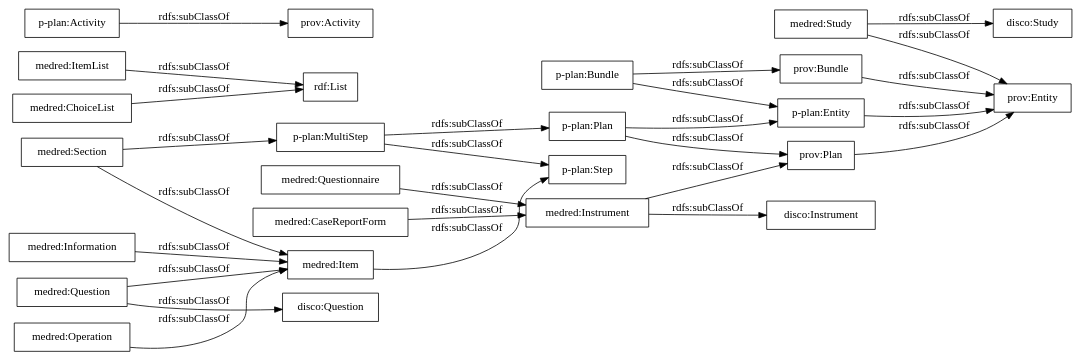
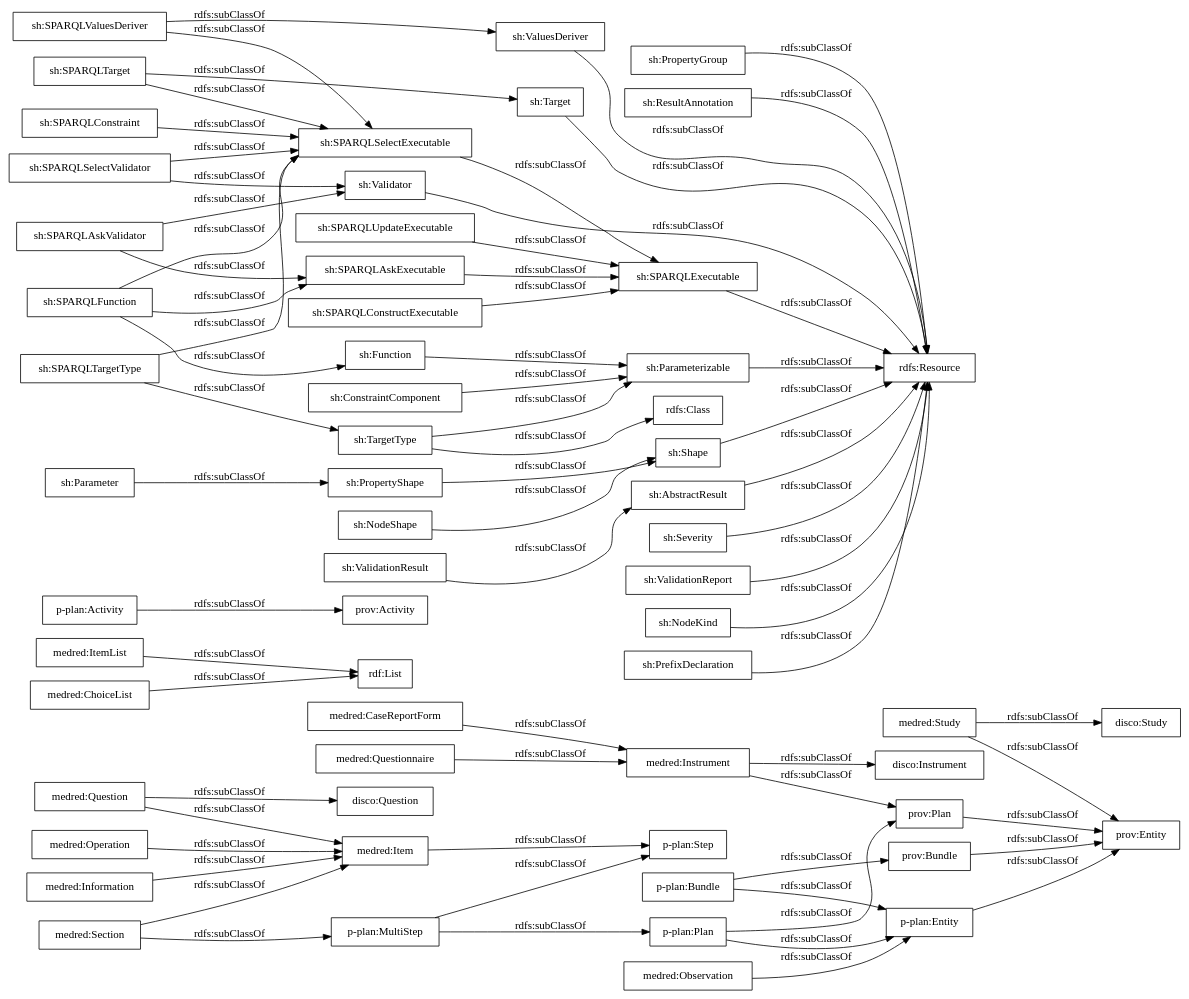
Before and after one commit to OnToologyUser/medred: the diagram in OnToology/ontology/medred.owl/diagrams/ar2dtool-taxonomy/medred.owl.png.dot, drawn with Graphviz. The commit also changed 12 other files, not shown here.

```diff
--- a/OnToology/ontology/medred.owl/diagrams/ar2dtool-taxonomy/medred.owl.png.dot
+++ b/OnToology/ontology/medred.owl/diagrams/ar2dtool-taxonomy/medred.owl.png.dot
@@ -1,31 +1,71 @@
 digraph ar2dtool_diagram { 
 rankdir=LR;
 size="1000"
-node [shape = rectangle, color="black"]; "medred:Questionnaire" "medred:Information" "medred:Question" "medred:Instrument" "rdf:List" "medred:Item" "medred:CaseReportForm" "medred:Study" "medred:ItemList" "medred:Section" "medred:ChoiceList" "medred:Operation" "p-plan:MultiStep" "p-plan:Activity" "p-plan:Step" "p-plan:Entity" "p-plan:Bundle" "prov:Bundle" "prov:Entity" "p-plan:Plan" "prov:Plan" "prov:Activity" ; /*classes style*/
-	"p-plan:Activity" -> "prov:Activity" [ label = "rdfs:subClassOf" ];
+node [shape = rectangle, color="black"]; "medred:Questionnaire" "medred:Information" "medred:Question" "medred:Instrument" "rdf:List" "medred:Item" "medred:CaseReportForm" "medred:Study" "medred:ItemList" "medred:Section" "medred:ChoiceList" "medred:Operation" "medred:Observation" "p-plan:MultiStep" "p-plan:Activity" "p-plan:Step" "p-plan:Entity" "p-plan:Bundle" "prov:Bundle" "prov:Entity" "p-plan:Plan" "prov:Plan" "prov:Activity" ; /*classes style*/
+	"prov:Plan" -> "prov:Entity" [ label = "rdfs:subClassOf" ];
+	"sh:PropertyGroup" -> "rdfs:Resource" [ label = "rdfs:subClassOf" ];
+	"medred:Question" -> "medred:Item" [ label = "rdfs:subClassOf" ];
+	"medred:Question" -> "disco:Question" [ label = "rdfs:subClassOf" ];
+	"sh:ResultAnnotation" -> "rdfs:Resource" [ label = "rdfs:subClassOf" ];
+	"medred:Item" -> "p-plan:Step" [ label = "rdfs:subClassOf" ];
+	"medred:CaseReportForm" -> "medred:Instrument" [ label = "rdfs:subClassOf" ];
+	"sh:SPARQLConstructExecutable" -> "sh:SPARQLExecutable" [ label = "rdfs:subClassOf" ];
+	"sh:Shape" -> "rdfs:Resource" [ label = "rdfs:subClassOf" ];
+	"medred:Questionnaire" -> "medred:Instrument" [ label = "rdfs:subClassOf" ];
 	"p-plan:Entity" -> "prov:Entity" [ label = "rdfs:subClassOf" ];
+	"sh:SPARQLAskValidator" -> "sh:SPARQLAskExecutable" [ label = "rdfs:subClassOf" ];
+	"sh:SPARQLAskValidator" -> "sh:Validator" [ label = "rdfs:subClassOf" ];
+	"sh:SPARQLUpdateExecutable" -> "sh:SPARQLExecutable" [ label = "rdfs:subClassOf" ];
+	"p-plan:MultiStep" -> "p-plan:Step" [ label = "rdfs:subClassOf" ];
+	"p-plan:MultiStep" -> "p-plan:Plan" [ label = "rdfs:subClassOf" ];
+	"sh:SPARQLTargetType" -> "sh:SPARQLSelectExecutable" [ label = "rdfs:subClassOf" ];
+	"sh:SPARQLTargetType" -> "sh:TargetType" [ label = "rdfs:subClassOf" ];
+	"sh:AbstractResult" -> "rdfs:Resource" [ label = "rdfs:subClassOf" ];
+	"sh:SPARQLFunction" -> "sh:SPARQLSelectExecutable" [ label = "rdfs:subClassOf" ];
+	"sh:SPARQLFunction" -> "sh:SPARQLAskExecutable" [ label = "rdfs:subClassOf" ];
+	"sh:SPARQLFunction" -> "sh:Function" [ label = "rdfs:subClassOf" ];
+	"medred:Observation" -> "p-plan:Entity" [ label = "rdfs:subClassOf" ];
 	"medred:ChoiceList" -> "rdf:List" [ label = "rdfs:subClassOf" ];
-	"prov:Plan" -> "prov:Entity" [ label = "rdfs:subClassOf" ];
-	"medred:Information" -> "medred:Item" [ label = "rdfs:subClassOf" ];
-	"prov:Bundle" -> "prov:Entity" [ label = "rdfs:subClassOf" ];
-	"medred:Questionnaire" -> "medred:Instrument" [ label = "rdfs:subClassOf" ];
 	"medred:Study" -> "prov:Entity" [ label = "rdfs:subClassOf" ];
 	"medred:Study" -> "disco:Study" [ label = "rdfs:subClassOf" ];
-	"medred:Question" -> "medred:Item" [ label = "rdfs:subClassOf" ];
-	"medred:Question" -> "disco:Question" [ label = "rdfs:subClassOf" ];
+	"prov:Bundle" -> "prov:Entity" [ label = "rdfs:subClassOf" ];
+	"sh:Severity" -> "rdfs:Resource" [ label = "rdfs:subClassOf" ];
+	"sh:ValidationReport" -> "rdfs:Resource" [ label = "rdfs:subClassOf" ];
+	"p-plan:Activity" -> "prov:Activity" [ label = "rdfs:subClassOf" ];
+	"sh:Function" -> "sh:Parameterizable" [ label = "rdfs:subClassOf" ];
+	"sh:SPARQLSelectValidator" -> "sh:SPARQLSelectExecutable" [ label = "rdfs:subClassOf" ];
+	"sh:SPARQLSelectValidator" -> "sh:Validator" [ label = "rdfs:subClassOf" ];
+	"sh:ConstraintComponent" -> "sh:Parameterizable" [ label = "rdfs:subClassOf" ];
+	"sh:SPARQLValuesDeriver" -> "sh:SPARQLSelectExecutable" [ label = "rdfs:subClassOf" ];
+	"sh:SPARQLValuesDeriver" -> "sh:ValuesDeriver" [ label = "rdfs:subClassOf" ];
+	"sh:ValidationResult" -> "sh:AbstractResult" [ label = "rdfs:subClassOf" ];
 	"medred:Operation" -> "medred:Item" [ label = "rdfs:subClassOf" ];
+	"medred:Information" -> "medred:Item" [ label = "rdfs:subClassOf" ];
+	"medred:Instrument" -> "prov:Plan" [ label = "rdfs:subClassOf" ];
+	"medred:Instrument" -> "disco:Instrument" [ label = "rdfs:subClassOf" ];
+	"medred:ItemList" -> "rdf:List" [ label = "rdfs:subClassOf" ];
+	"sh:SPARQLConstraint" -> "sh:SPARQLSelectExecutable" [ label = "rdfs:subClassOf" ];
+	"sh:SPARQLAskExecutable" -> "sh:SPARQLExecutable" [ label = "rdfs:subClassOf" ];
+	"sh:SPARQLExecutable" -> "rdfs:Resource" [ label = "rdfs:subClassOf" ];
+	"sh:Parameter" -> "sh:PropertyShape" [ label = "rdfs:subClassOf" ];
+	"sh:PropertyShape" -> "sh:Shape" [ label = "rdfs:subClassOf" ];
+	"sh:Validator" -> "rdfs:Resource" [ label = "rdfs:subClassOf" ];
+	"sh:Target" -> "rdfs:Resource" [ label = "rdfs:subClassOf" ];
+	"sh:SPARQLTarget" -> "sh:SPARQLSelectExecutable" [ label = "rdfs:subClassOf" ];
+	"sh:SPARQLTarget" -> "sh:Target" [ label = "rdfs:subClassOf" ];
+	"p-plan:Plan" -> "prov:Plan" [ label = "rdfs:subClassOf" ];
+	"p-plan:Plan" -> "p-plan:Entity" [ label = "rdfs:subClassOf" ];
+	"sh:NodeShape" -> "sh:Shape" [ label = "rdfs:subClassOf" ];
+	"sh:Parameterizable" -> "rdfs:Resource" [ label = "rdfs:subClassOf" ];
+	"sh:ValuesDeriver" -> "rdfs:Resource" [ label = "rdfs:subClassOf" ];
+	"medred:Section" -> "medred:Item" [ label = "rdfs:subClassOf" ];
+	"medred:Section" -> "p-plan:MultiStep" [ label = "rdfs:subClassOf" ];
+	"sh:NodeKind" -> "rdfs:Resource" [ label = "rdfs:subClassOf" ];
 	"p-plan:Bundle" -> "prov:Bundle" [ label = "rdfs:subClassOf" ];
 	"p-plan:Bundle" -> "p-plan:Entity" [ label = "rdfs:subClassOf" ];
-	"medred:ItemList" -> "rdf:List" [ label = "rdfs:subClassOf" ];
-	"p-plan:Plan" -> "prov:Plan" [ label = "rdfs:subClassOf" ];
-	"p-plan:Plan" -> "p-plan:Entity" [ label = "rdfs:subClassOf" ];
-	"p-plan:MultiStep" -> "p-plan:Step" [ label = "rdfs:subClassOf" ];
-	"p-plan:MultiStep" -> "p-plan:Plan" [ label = "rdfs:subClassOf" ];
-	"medred:Item" -> "p-plan:Step" [ label = "rdfs:subClassOf" ];
-	"medred:Instrument" -> "prov:Plan" [ label = "rdfs:subClassOf" ];
-	"medred:Instrument" -> "disco:Instrument" [ label = "rdfs:subClassOf" ];
-	"medred:CaseReportForm" -> "medred:Instrument" [ label = "rdfs:subClassOf" ];
-	"medred:Section" -> "medred:Item" [ label = "rdfs:subClassOf" ];
-	"medred:Section" -> "p-plan:MultiStep" [ label = "rdfs:subClassOf" ];
+	"sh:SPARQLSelectExecutable" -> "sh:SPARQLExecutable" [ label = "rdfs:subClassOf" ];
+	"sh:TargetType" -> "sh:Parameterizable" [ label = "rdfs:subClassOf" ];
+	"sh:TargetType" -> "rdfs:Class" [ label = "rdfs:subClassOf" ];
+	"sh:PrefixDeclaration" -> "rdfs:Resource" [ label = "rdfs:subClassOf" ];
 
 }
```
